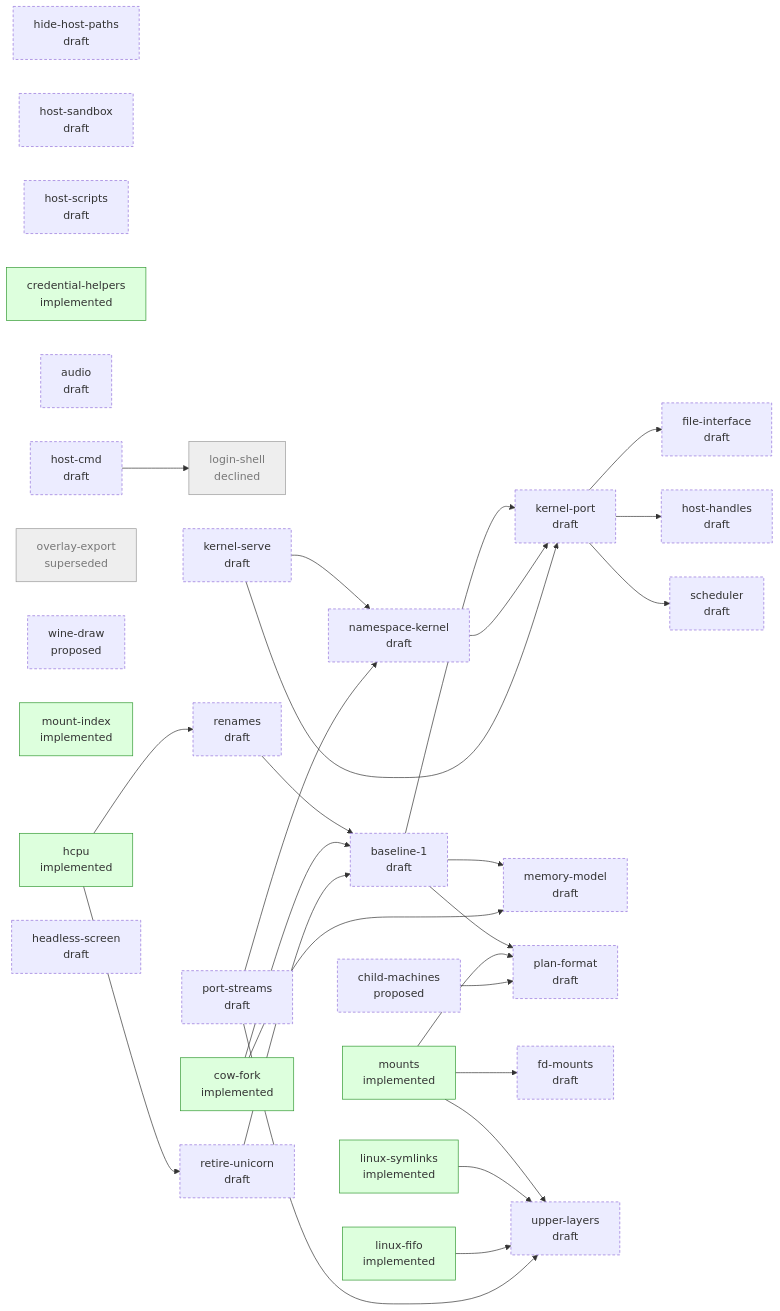
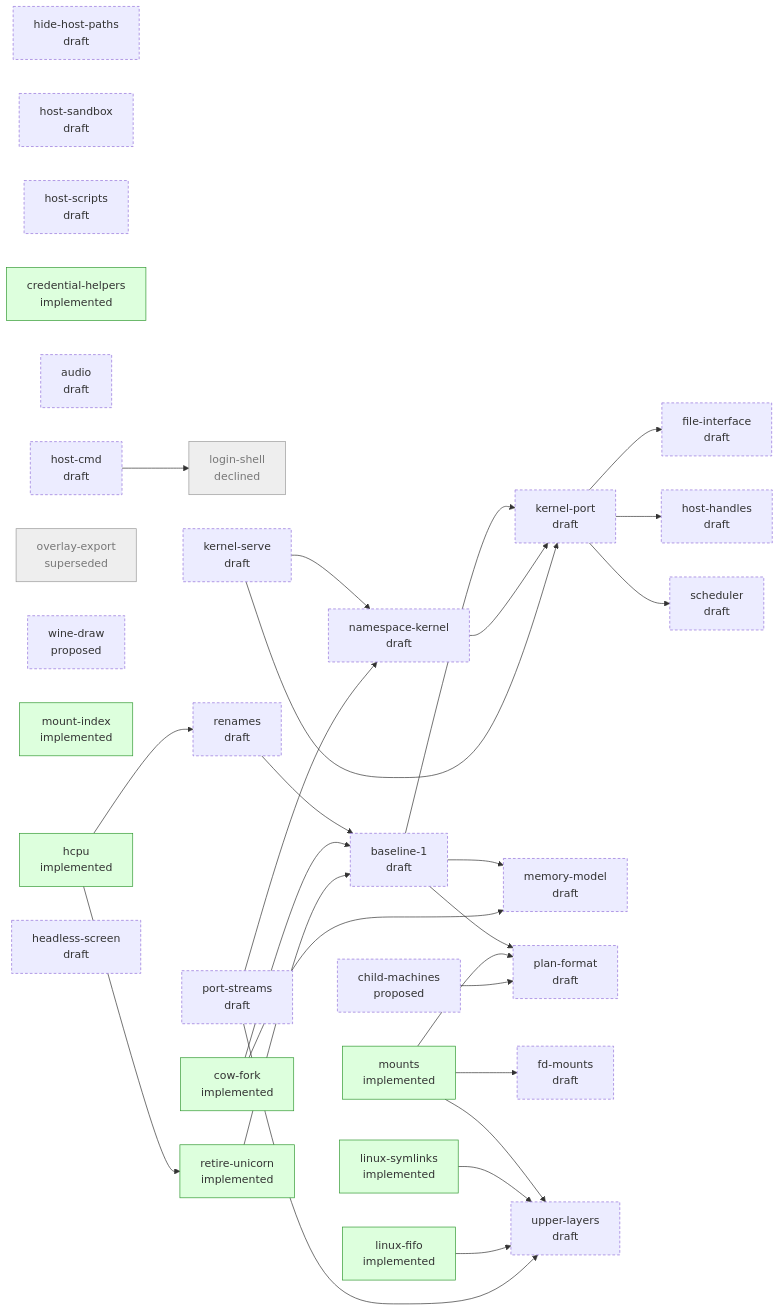
One commit to progrium/hyper9 changed the diagram in design/STATUS.md. Above: the diagram before and after it, drawn with Mermaid. The commit also changed other lines of this file and 1 other file, not shown here.

First line of the commit message:
design: retire-unicorn is implemented

````diff
--- a/design/STATUS.md
+++ b/design/STATUS.md
@@ -41,62 +41,62 @@
 ```mermaid
 flowchart LR
   classDef draft stroke-dasharray: 4 3
   classDef accepted stroke-width: 2px
   classDef implemented fill:#dfd,stroke:#393
   classDef closed fill:#eee,stroke:#999,color:#777
   p_hide_host_paths["hide-host-paths<br/>draft"]:::draft
   p_host_sandbox["host-sandbox<br/>draft"]:::draft
   p_host_scripts["host-scripts<br/>draft"]:::draft
   p_credential_helpers["credential-helpers<br/>implemented"]:::implemented
   p_audio["audio<br/>draft"]:::draft
   p_host_cmd["host-cmd<br/>draft"]:::draft
   p_overlay_export["overlay-export<br/>superseded"]:::closed
   p_login_shell["login-shell<br/>declined"]:::closed
   p_child_machines["child-machines<br/>proposed"]:::draft
   p_cow_fork["cow-fork<br/>implemented"]:::implemented
   p_wine_draw["wine-draw<br/>proposed"]:::draft
   p_mount_index["mount-index<br/>implemented"]:::implemented
   p_hcpu["hcpu<br/>implemented"]:::implemented
   p_kernel_serve["kernel-serve<br/>draft"]:::draft
   p_namespace_kernel["namespace-kernel<br/>draft"]:::draft
   p_port_streams["port-streams<br/>draft"]:::draft
   p_linux_fifo["linux-fifo<br/>implemented"]:::implemented
   p_mounts["mounts<br/>implemented"]:::implemented
   p_baseline_1["baseline-1<br/>draft"]:::draft
   p_file_interface["file-interface<br/>draft"]:::draft
   p_host_handles["host-handles<br/>draft"]:::draft
   p_kernel_port["kernel-port<br/>draft"]:::draft
   p_linux_symlinks["linux-symlinks<br/>implemented"]:::implemented
   p_memory_model["memory-model<br/>draft"]:::draft
   p_plan_format["plan-format<br/>draft"]:::draft
   p_renames["renames<br/>draft"]:::draft
-  p_retire_unicorn["retire-unicorn<br/>draft"]:::draft
+  p_retire_unicorn["retire-unicorn<br/>implemented"]:::implemented
   p_scheduler["scheduler<br/>draft"]:::draft
   p_fd_mounts["fd-mounts<br/>draft"]:::draft
   p_upper_layers["upper-layers<br/>draft"]:::draft
   p_headless_screen["headless-screen<br/>draft"]:::draft
   p_host_cmd --> p_login_shell
   p_kernel_serve --> p_namespace_kernel
   p_port_streams --> p_namespace_kernel
   p_renames --> p_baseline_1
   p_cow_fork --> p_baseline_1
   p_retire_unicorn --> p_baseline_1
   p_kernel_port --> p_file_interface
   p_kernel_port --> p_host_handles
   p_baseline_1 --> p_kernel_port
   p_namespace_kernel --> p_kernel_port
   p_kernel_serve --> p_kernel_port
   p_baseline_1 --> p_memory_model
   p_cow_fork --> p_memory_model
   p_baseline_1 --> p_plan_format
   p_mounts --> p_plan_format
   p_child_machines --> p_plan_format
   p_hcpu --> p_renames
   p_hcpu --> p_retire_unicorn
   p_kernel_port --> p_scheduler
   p_mounts --> p_fd_mounts
   p_mounts --> p_upper_layers
   p_linux_symlinks --> p_upper_layers
   p_linux_fifo --> p_upper_layers
   p_port_streams --> p_upper_layers
 ```
````
